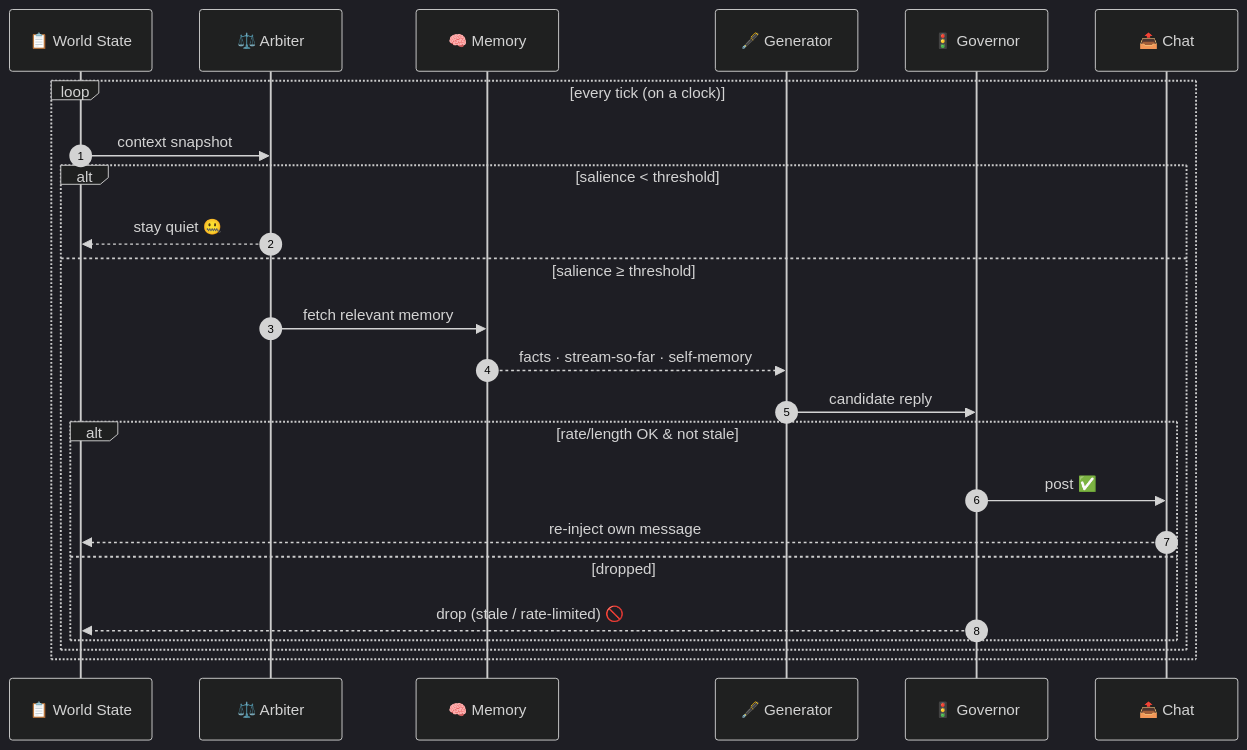
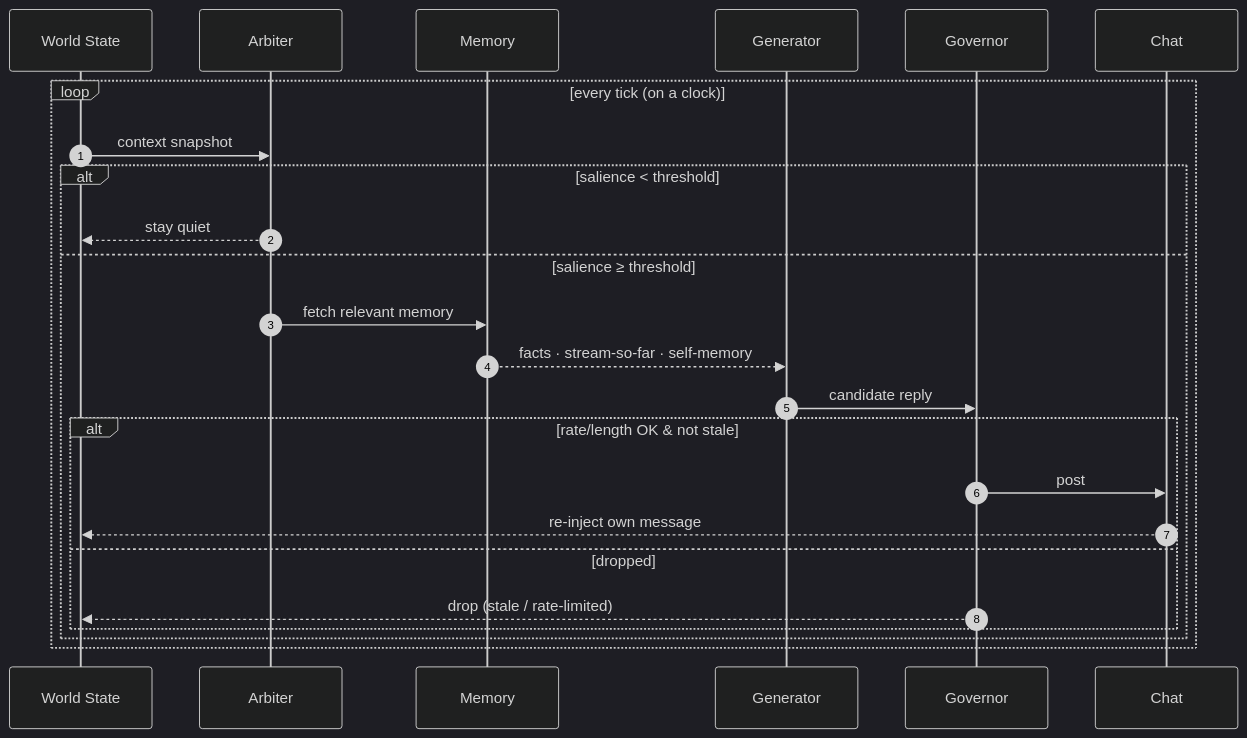
Before and after one commit to OxMarco/Lingus: the second of 2 diagrams in README.md, drawn with Mermaid (dark theme). The commit also changed other lines of this file, not shown here.

````diff
--- a/README.md
+++ b/README.md
@@ -210,27 +210,27 @@
 ```mermaid
 sequenceDiagram
     autonumber
-    participant WS as 📋 World State
-    participant ARB as ⚖️ Arbiter
-    participant MEM as 🧠 Memory
-    participant GEN as 🖋️ Generator
-    participant GOV as 🚦 Governor
-    participant CHAT as 📤 Chat
+    participant WS as World State
+    participant ARB as Arbiter
+    participant MEM as Memory
+    participant GEN as Generator
+    participant GOV as Governor
+    participant CHAT as Chat
 
     loop every tick (on a clock)
         WS->>ARB: context snapshot
         alt salience < threshold
-            ARB-->>WS: stay quiet 🤐
+            ARB-->>WS: stay quiet
         else salience ≥ threshold
             ARB->>MEM: fetch relevant memory
             MEM-->>GEN: facts · stream-so-far · self-memory
             GEN->>GOV: candidate reply
             alt rate/length OK & not stale
-                GOV->>CHAT: post ✅
+                GOV->>CHAT: post
                 CHAT-->>WS: re-inject own message
             else dropped
-                GOV-->>WS: drop (stale / rate-limited) 🚫
+                GOV-->>WS: drop (stale / rate-limited)
             end
         end
     end
 ```
````
